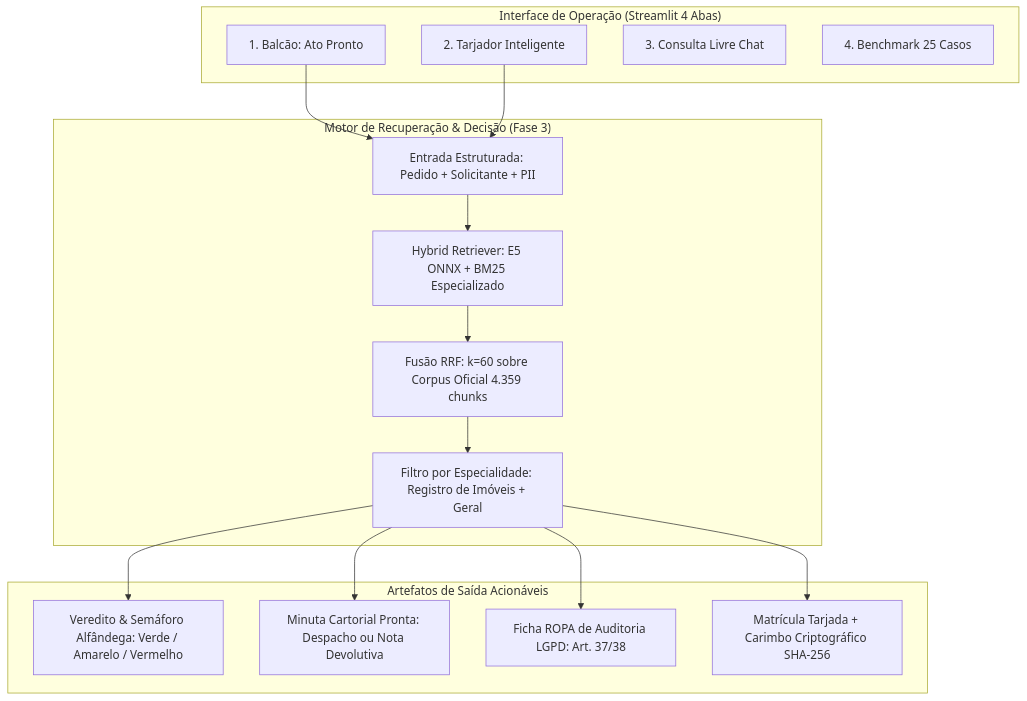
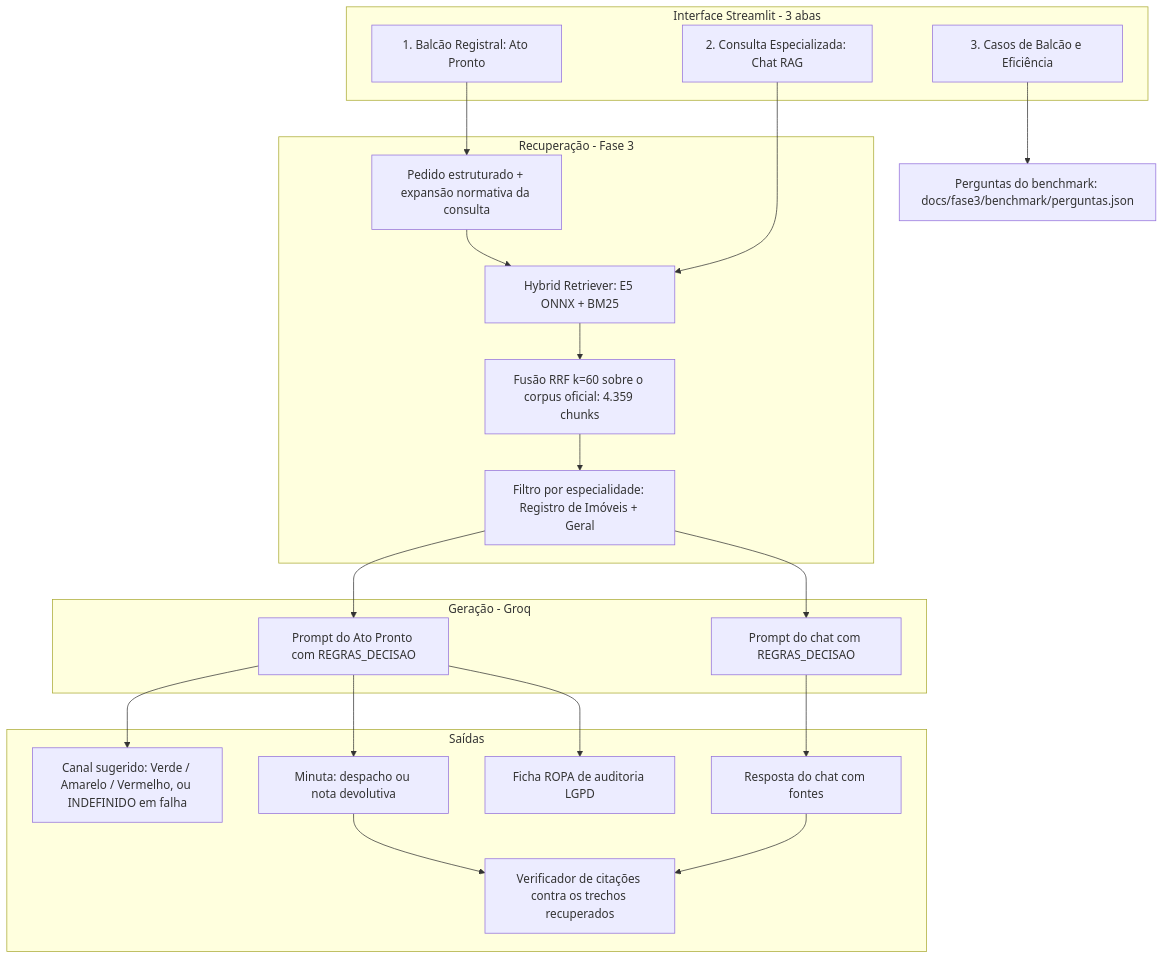
The diagram in README.md (idarlandias/gov-legal-assistant-rag), drawn with Mermaid before and after one commit. The commit also changed other lines of this file and 1 other file, not shown here.

Commit message:
docs: alinha o README ao código atual e retifica o doc 06
- "Apoio à decisão operacional"; tarjador e carimbo fora do destaque
  e da caixa de funcionalidades; o Ato Pronto substitui a conversa
  livre no balcão e o chat permanece como consulta de apoio
- sem "< 0.05 segundos" e "tarjas oficiais"; limitação do tarjador
  sem duplicação
- diagrama redesenhado: 3 abas, chat e Ato Pronto pelo mesmo
  retriever, REGRAS_DECISAO, INDEFINIDO e verificador de citações
- 137 testes offline (+7 de rede), 3 abas, sem menção a CI/CD
- doc 06: removida a citação ao Art. 1.131 §10 do fundamento, com nota
  de retificação

````diff
--- a/README.md
+++ b/README.md
@@ -114,25 +109,36 @@
 ```mermaid
 flowchart TD
-    subgraph UI["Interface de Operação (Streamlit 4 Abas)"]
-        A1[1. Balcão: Ato Pronto]
-        A2[2. Tarjador Inteligente]
-        A3[3. Consulta Livre Chat]
-        A4[4. Benchmark 25 Casos]
+    subgraph UI["Interface Streamlit - 3 abas"]
+        A1[1. Balcão Registral: Ato Pronto]
+        A2[2. Consulta Especializada: Chat RAG]
+        A3[3. Casos de Balcão e Eficiência]
     end
 
-    subgraph ENGINE["Motor de Recuperação & Decisão (Fase 3)"]
-        B[Entrada Estruturada: Pedido + Solicitante + PII]
-        C[Hybrid Retriever: E5 ONNX + BM25 Especializado]
-        D[Fusão RRF: k=60 sobre Corpus Oficial 4.359 chunks]
-        E[Filtro por Especialidade: Registro de Imóveis + Geral]
+    subgraph ENGINE["Recuperação - Fase 3"]
+        B[Pedido estruturado + expansão normativa da consulta]
+        C[Hybrid Retriever: E5 ONNX + BM25]
+        D[Fusão RRF k=60 sobre o corpus oficial: 4.359 chunks]
+        E[Filtro por especialidade: Registro de Imóveis + Geral]
     end
 
-    subgraph OUTPUT["Artefatos de Saída Acionáveis"]
-        F1[Veredito & Semáforo Alfândega: Verde / Amarelo / Vermelho]
-        F2[Minuta Cartorial Pronta: Despacho ou Nota Devolutiva]
-        F3[Ficha ROPA de Auditoria LGPD: Art. 37/38]
-        F4[Matrícula Tarjada + Carimbo Criptográfico SHA-256]
+    subgraph LLM["Geração - Groq"]
+        G1[Prompt do Ato Pronto com REGRAS_DECISAO]
+        G2[Prompt do chat com REGRAS_DECISAO]
     end
 
-    A1 & A2 --> B --> C --> D --> E --> F1 & F2 & F3 & F4
+    subgraph OUTPUT["Saídas"]
+        F1[Canal sugerido: Verde / Amarelo / Vermelho, ou INDEFINIDO em falha]
+        F2[Minuta: despacho ou nota devolutiva]
+        F3[Ficha ROPA de auditoria LGPD]
+        F4[Resposta do chat com fontes]
+        V[Verificador de citações contra os trechos recuperados]
+    end
+
+    A1 --> B --> C
+    A2 --> C
+    C --> D --> E
+    E --> G1 --> F1 & F2 & F3
+    E --> G2 --> F4
+    F2 & F4 --> V
+    A3 --> Q[Perguntas do benchmark: docs/fase3/benchmark/perguntas.json]
 ```
````
